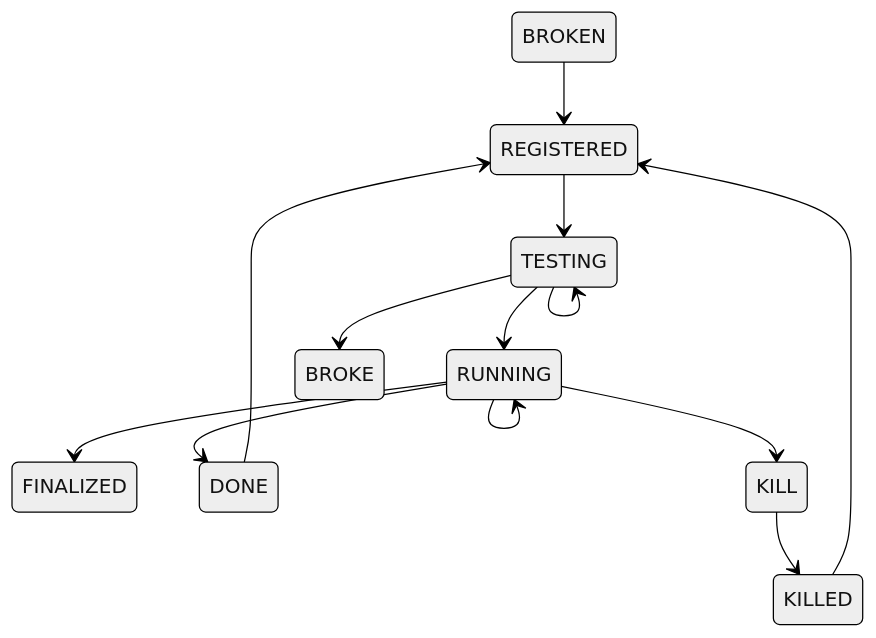
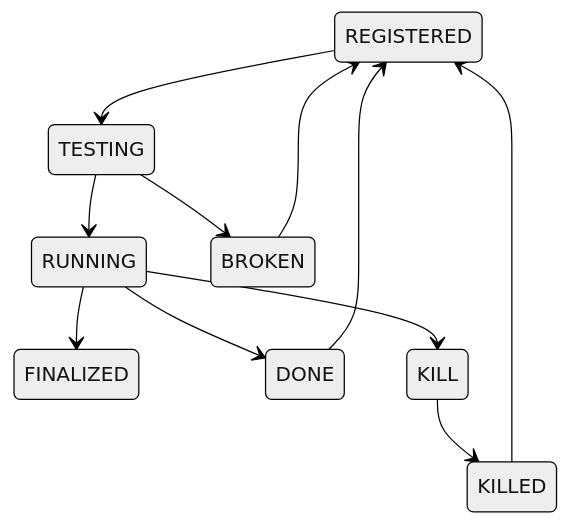
Before and after one commit to jodafons/orchestra: the diagram in README.md, drawn with Mermaid (neutral theme).

````diff
--- a/README.md
+++ b/README.md
@@ -115,16 +115,13 @@
 ```mermaid
   stateDiagram-v2
       REGISTERED-->TESTING
       TESTING-->RUNNING
       RUNNING-->FINALIZED
       RUNNING-->DONE
       DONE-->REGISTERED
       RUNNING-->KILL
       KILL-->KILLED
       KILLED-->REGISTERED
-      TESTING-->BROKE
+      TESTING-->BROKEN
       BROKEN-->REGISTERED
-      TESTING-->TESTING
-      RUNNING-->RUNNING
-
 ```
````
